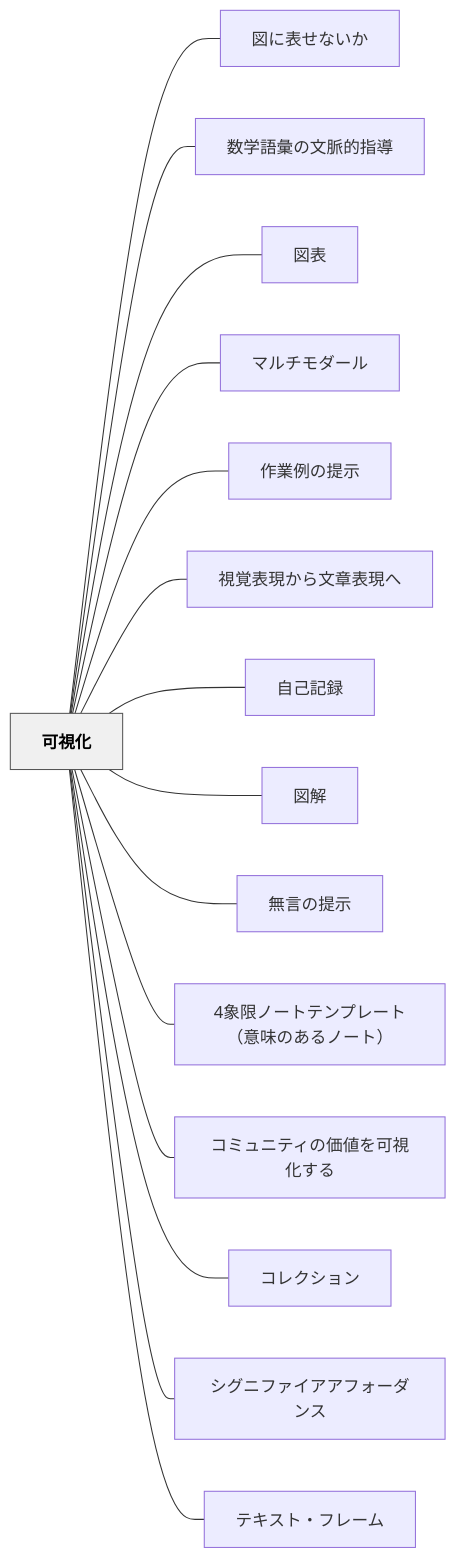
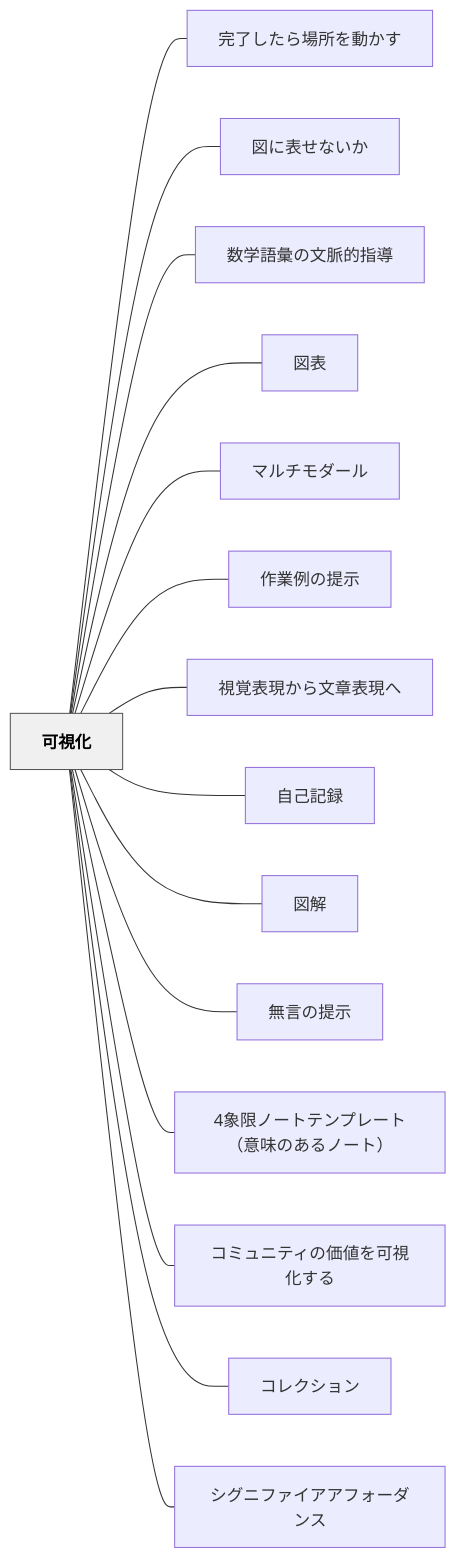
The diagram in content/パタン/可視化.md (unknownthings-ed-patterns/unknownthings-ed-patterns), drawn with Mermaid before and after one commit. The commit also changed other lines of this file and 6 other files, not shown here.

````diff
--- a/content/パタン/可視化.md
+++ b/content/パタン/可視化.md
@@ -300,36 +301,36 @@
 ```mermaid
 flowchart LR
     ne58fafe8a696["可視化"]
+    ne5ae8ce4ba86["完了したら場所を動かす"]
     ne59bb3e381ab["図に表せないか"]
     ne695b0e5ada6["数学語彙の文脈的指導"]
     ne59bb3e8a1a8["図表"]
     ne3839ee383ab["マルチモダール"]
     ne4bd9ce6a5ad["作業例の提示"]
     ne8a696e8a69a["視覚表現から文章表現へ"]
     ne887aae5b7b1["自己記録"]
     ne59bb3e8a7a3["図解"]
     ne784a1e8a880["無言の提示"]
     n34e8b1a1e999["4象限ノートテンプレート（意味のあるノート）"]
     ne382b3e3839f["コミュニティの価値を可視化する"]
     ne382b3e383ac["コレクション"]
     ne382b7e382b0["シグニファイアアフォーダンス"]
-    ne38386e382ad["テキスト・フレーム"]
 
+    ne58fafe8a696 --- ne5ae8ce4ba86
     ne58fafe8a696 --- ne59bb3e381ab
     ne58fafe8a696 --- ne695b0e5ada6
     ne58fafe8a696 --- ne59bb3e8a1a8
     ne58fafe8a696 --- ne3839ee383ab
     ne58fafe8a696 --- ne4bd9ce6a5ad
     ne58fafe8a696 --- ne8a696e8a69a
     ne58fafe8a696 --- ne887aae5b7b1
     ne58fafe8a696 --- ne59bb3e8a7a3
     ne58fafe8a696 --- ne784a1e8a880
     ne58fafe8a696 --- n34e8b1a1e999
     ne58fafe8a696 --- ne382b3e3839f
     ne58fafe8a696 --- ne382b3e383ac
     ne58fafe8a696 --- ne382b7e382b0
-    ne58fafe8a696 --- ne38386e382ad
 
     classDef hub fill:#f0f0f0,stroke:#555,color:#000,font-weight:bold
     class ne58fafe8a696 hub
 ```
````
